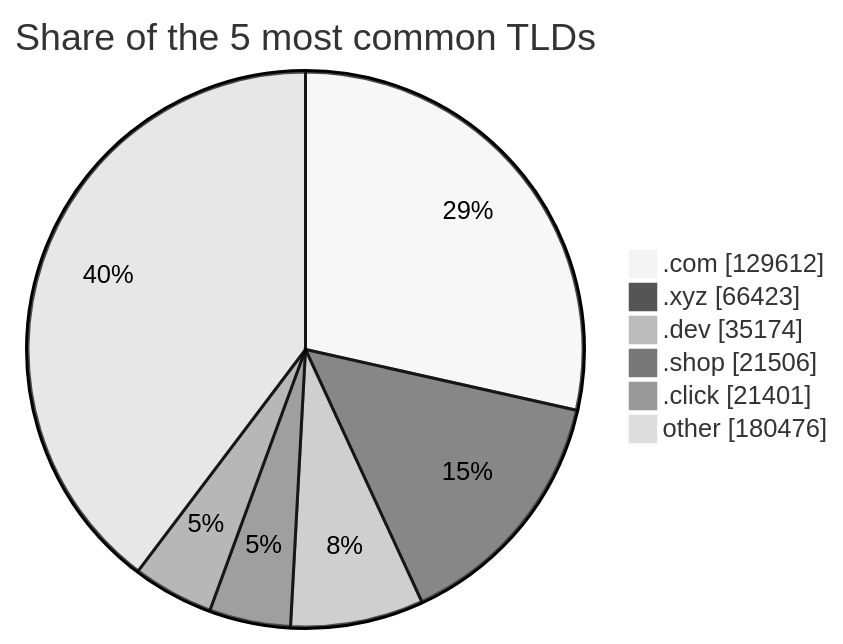
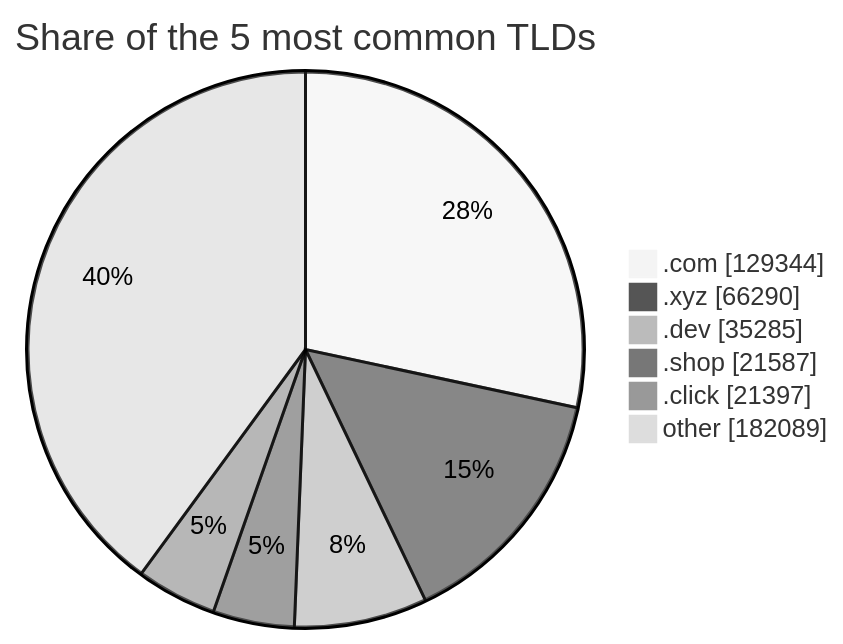
One commit to DNSBunker/CTI changed the third of 3 diagrams in README.md. Above: the diagram before and after it, drawn with Mermaid (neutral theme). The commit also changed other lines of this file and 3 other files, not shown here.

````diff
--- a/README.md
+++ b/README.md
@@ -81,9 +81,9 @@
 ```mermaid
 pie showData title Share of the 5 most common TLDs
-    ".com" : 129612
-    ".xyz" : 66423
-    ".dev" : 35174
-    ".shop" : 21506
-    ".click" : 21401
-    "other" : 180476
+    ".com" : 129344
+    ".xyz" : 66290
+    ".dev" : 35285
+    ".shop" : 21587
+    ".click" : 21397
+    "other" : 182089
 ```
````
